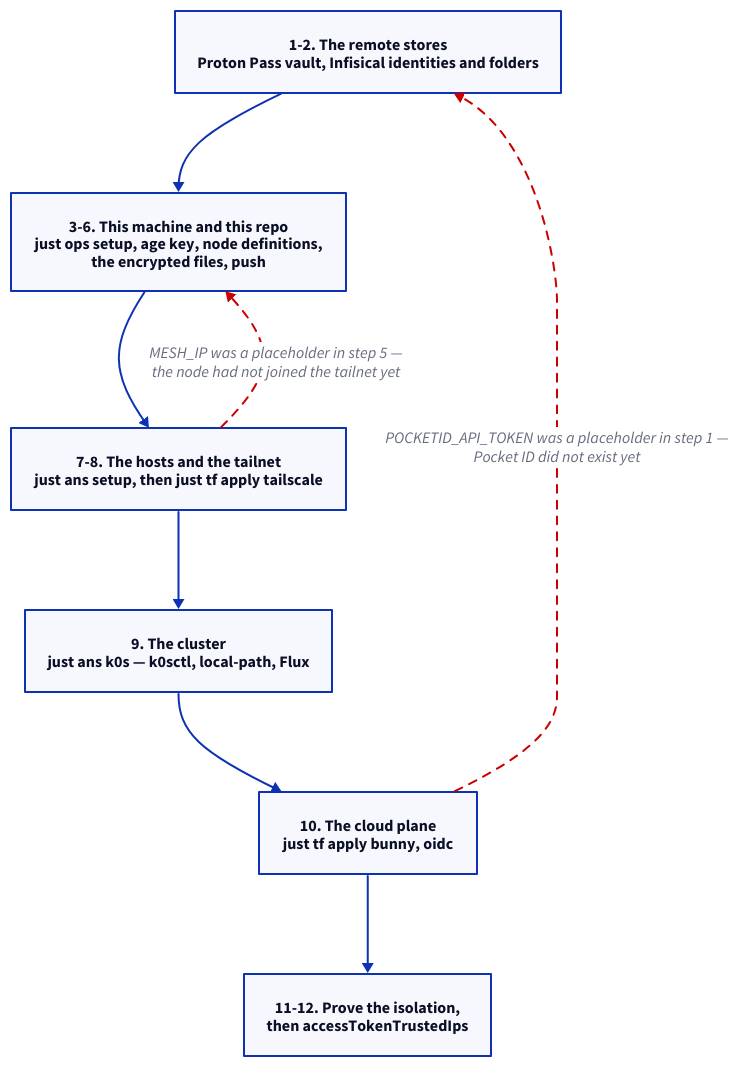
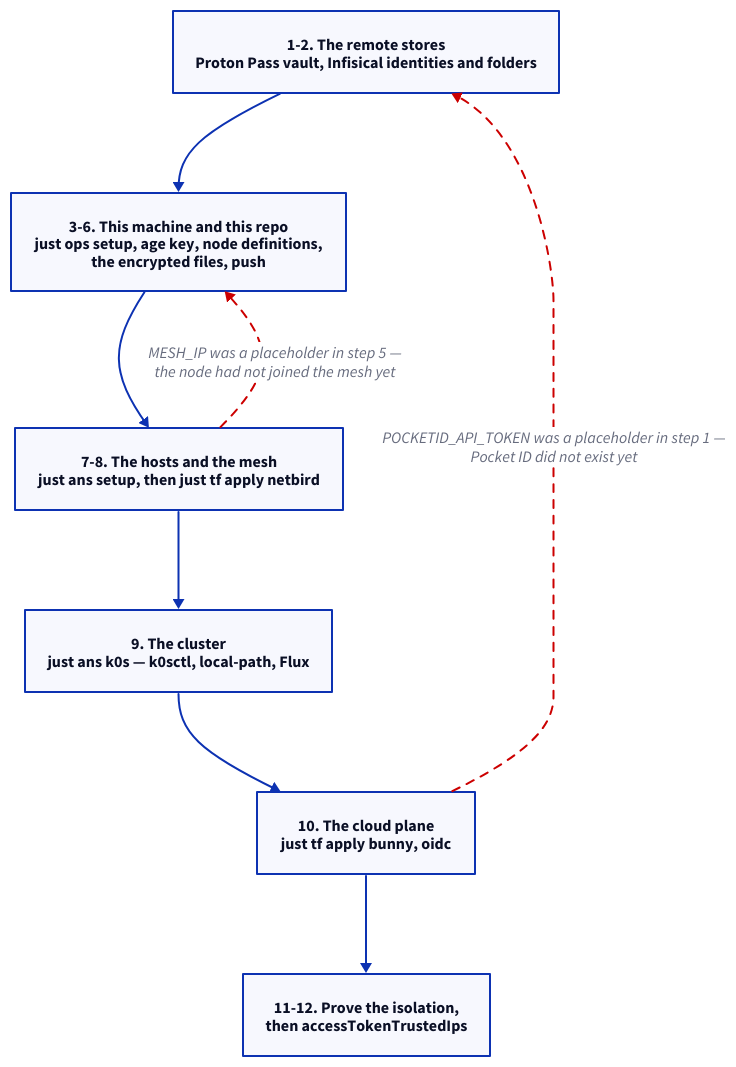
One commit to brewcoua/futhark changed the diagram in docs/src/operations/setup.md. Above: the diagram before and after it, drawn with D2. The commit also changed other lines of this file and 83 other files, not shown here.

First line of the commit message:
feat(mesh)!: replace tailscale with netbird

````diff
--- a/docs/src/operations/setup.md
+++ b/docs/src/operations/setup.md
@@ -9,19 +9,19 @@
 ```d2
 direction: down
 
 stores: "1-2. The remote stores\nProton Pass vault, Infisical identities and folders"
 repo: "3-6. This machine and this repo\njust ops setup, age key, node definitions,\nthe encrypted files, push"
-hosts: "7-8. The hosts and the tailnet\njust ans setup, then just tf apply tailscale"
+hosts: "7-8. The hosts and the mesh\njust ans setup, then just tf apply netbird"
 cluster: "9. The cluster\njust ans k0s — k0sctl, local-path, Flux"
 cloud: "10. The cloud plane\njust tf apply bunny, oidc"
 after: "11-12. Prove the isolation,\nthen accessTokenTrustedIps"
 
 stores -> repo -> hosts -> cluster -> cloud -> after
 
-hosts -> repo: "MESH_IP was a placeholder in step 5 —\nthe node had not joined the tailnet yet" {
+hosts -> repo: "MESH_IP was a placeholder in step 5 —\nthe node had not joined the mesh yet" {
   style: { stroke-dash: 4; stroke: "#c00" }
 }
 cloud -> stores: "POCKETID_API_TOKEN was a placeholder in step 1 —\nPocket ID did not exist yet" {
   style: { stroke-dash: 4; stroke: "#c00" }
 }
 ```
````
